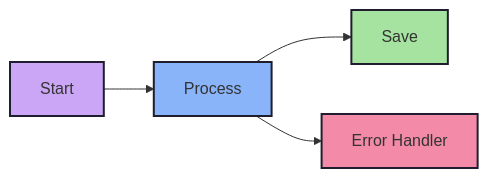
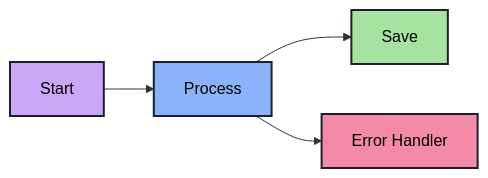
The second of 2 diagrams in README.md (mark3labs/flyt), drawn with Mermaid before and after one commit. The commit also changed other lines of this file and 1 other file, not shown here.

````diff
--- a/README.md
+++ b/README.md
@@ -48,11 +48,11 @@
 ```mermaid
 graph LR
     Start --> Process
     Process --> Save
     Process --> ErrorHandler[Error Handler]
     
-    style Start fill:#cba6f7,stroke:#1e1e2e,stroke-width:2px
-    style Process fill:#89b4fa,stroke:#1e1e2e,stroke-width:2px
-    style Save fill:#a6e3a1,stroke:#1e1e2e,stroke-width:2px
-    style ErrorHandler fill:#f38ba8,stroke:#1e1e2e,stroke-width:2px
+    style Start fill:#cba6f7,stroke:#1e1e2e,stroke-width:2px,color:#000
+    style Process fill:#89b4fa,stroke:#1e1e2e,stroke-width:2px,color:#000
+    style Save fill:#a6e3a1,stroke:#1e1e2e,stroke-width:2px,color:#000
+    style ErrorHandler fill:#f38ba8,stroke:#1e1e2e,stroke-width:2px,color:#000
 ```
````
